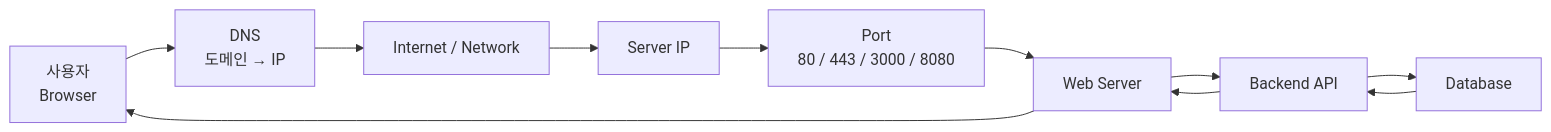
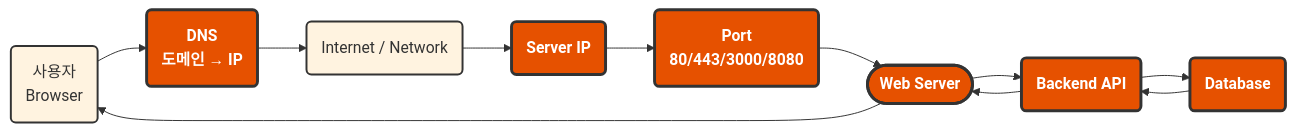
One commit to simpleego/AX_Service_Builder changed the first of 9 diagrams in 개발자_기초역량/1_네트워크 기초.md. Above: the diagram before and after it, drawn with Mermaid. The commit also changed other lines of this file, not shown here.

````diff
--- a/개발자_기초역량/1_네트워크 기초.md
+++ b/개발자_기초역량/1_네트워크 기초.md
@@ -20,14 +20,18 @@
 ```mermaid
+%%{init: {'theme': 'base', 'themeVariables': { 'fontFamily': '"Comic Sans MS", "Caveat", "Patrick Hand", cursive', 'fontSize': '18px', 'primaryColor': '#FFF3E0', 'primaryTextColor': '#222', 'primaryBorderColor': '#333', 'lineColor': '#444', 'tertiaryColor': '#FFE0B2', 'secondaryColor': '#FFCC80'}}}%%
 flowchart LR
-    A["사용자<br>Browser"] --> B["DNS<br>도메인 → IP"]
-    B --> C["Internet / Network"]
-    C --> D["Server IP"]
-    D --> E["Port<br>80 / 443 / 3000 / 8080"]
-    E --> F["Web Server"]
-    F --> G["Backend API"]
-    G --> H["Database"]
+    A("사용자<br>Browser"):::normal --> B("DNS<br>도메인 → IP"):::important
+    B --> C("Internet / Network"):::normal
+    C --> D("Server IP"):::important
+    D --> E("Port<br>80/443/3000/8080"):::important
+    E --> F(["Web Server"]):::important
+    F --> G("Backend API"):::important
+    G --> H("Database"):::important
 
     H --> G
     G --> F
     F --> A
+
+    classDef important fill:#E65100,stroke:#333,stroke-width:3px,color:#fff,font-weight:bold;
+    classDef normal fill:#FFF3E0,stroke:#333,stroke-width:2px,color:#333;
 ```
````
